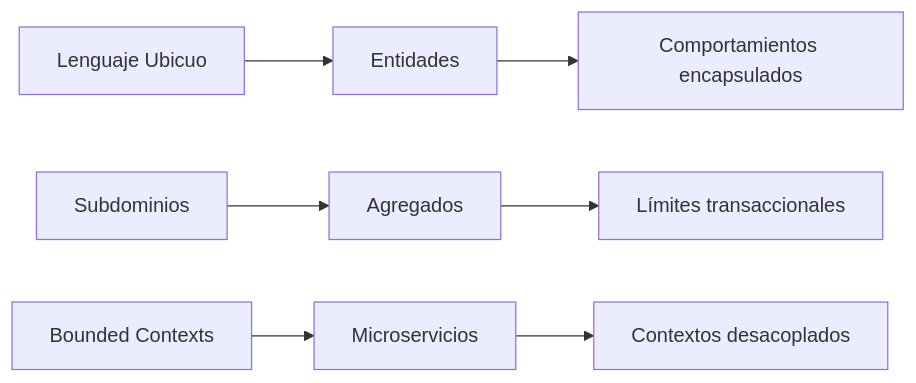
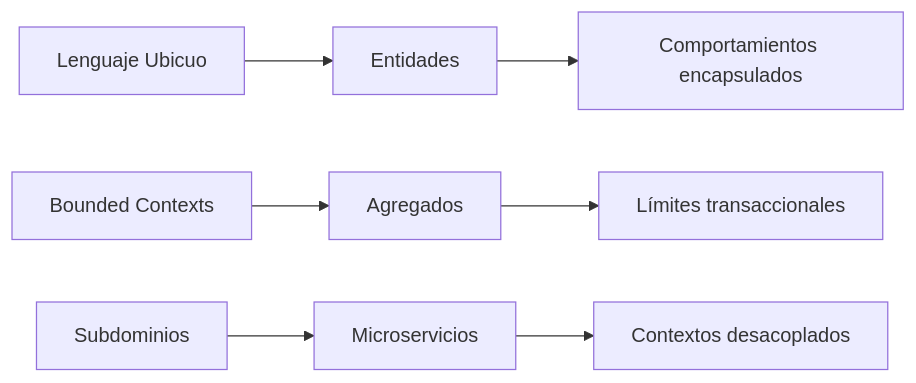
One commit to kevinmamaqi/curso-ddd-hexagonal-node changed the second of 3 diagrams in curso/dia-04/02-ddd-fundamentos.md. Above: the diagram before and after it, drawn with Mermaid. The commit also changed other lines of this file and 4 other files, not shown here.

````diff
--- a/curso/dia-04/02-ddd-fundamentos.md
+++ b/curso/dia-04/02-ddd-fundamentos.md
@@ -50,9 +50,9 @@
 ```mermaid
 flowchart LR  
     A[Lenguaje Ubicuo] --> B[Entidades]  
-    C[Subdominios] --> D[Agregados]  
-    E[Bounded Contexts] --> F[Microservicios]  
+    C[Bounded Contexts] --> D[Agregados]  
+    E[Subdominios] --> F[Microservicios]  
     B --> G[Comportamientos encapsulados]  
     D --> H[Límites transaccionales]  
     F --> I[Contextos desacoplados]  
 ```
````
